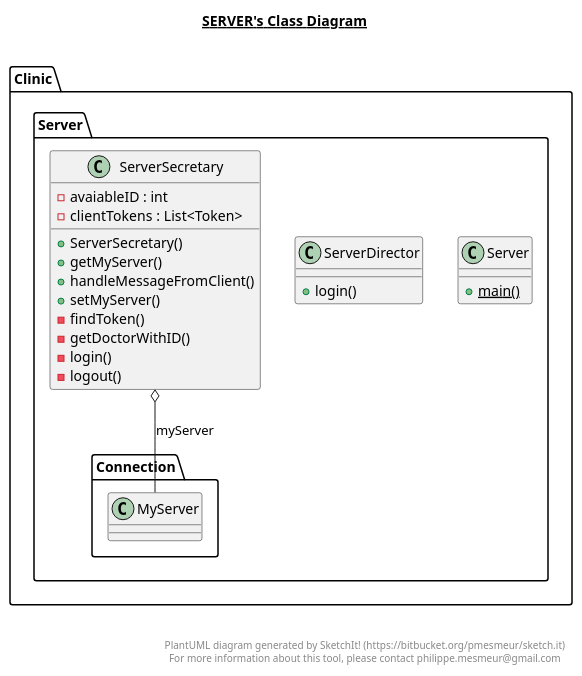
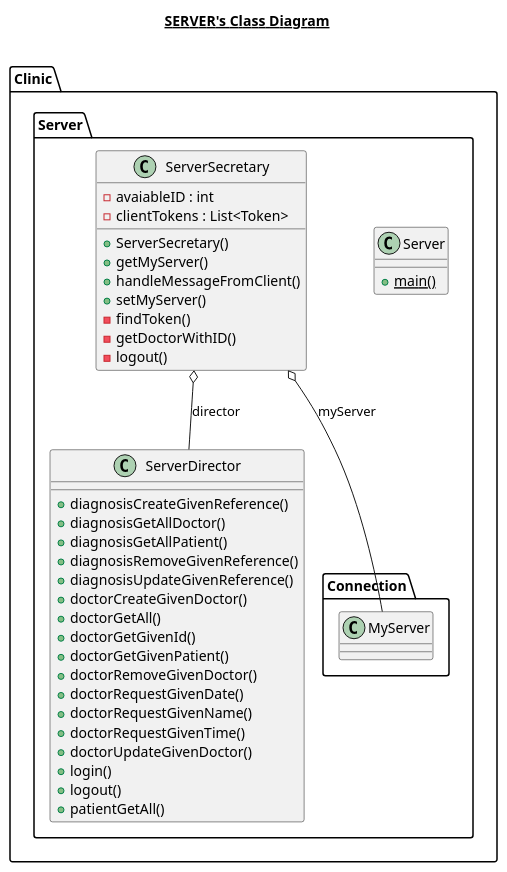
The diagram in src/Clinic/Server/Server.plantuml (AidanJohnston/Omar), drawn with PlantUML before and after one commit. The commit also changed 7 other files, not shown here.

Commit message:
Refactored uml diagrams

```diff
--- a/src/Clinic/Server/Server.plantuml
+++ b/src/Clinic/Server/Server.plantuml
@@ -1,45 +1,53 @@
 @startuml
 
 title __SERVER's Class Diagram__\n
 
   namespace Clinic.Server {
     class Clinic.Server.Server {
         {static} + main()
     }
   }
   
 
   namespace Clinic.Server {
     class Clinic.Server.ServerDirector {
+        + diagnosisCreateGivenReference()
+        + diagnosisGetAllDoctor()
+        + diagnosisGetAllPatient()
+        + diagnosisRemoveGivenReference()
+        + diagnosisUpdateGivenReference()
+        + doctorCreateGivenDoctor()
+        + doctorGetAll()
+        + doctorGetGivenId()
+        + doctorGetGivenPatient()
+        + doctorRemoveGivenDoctor()
+        + doctorRequestGivenDate()
+        + doctorRequestGivenName()
+        + doctorRequestGivenTime()
+        + doctorUpdateGivenDoctor()
         + login()
+        + logout()
+        + patientGetAll()
     }
   }
   
 
   namespace Clinic.Server {
     class Clinic.Server.ServerSecretary {
         - avaiableID : int
         - clientTokens : List<Token>
         + ServerSecretary()
         + getMyServer()
         + handleMessageFromClient()
         + setMyServer()
         - findToken()
         - getDoctorWithID()
-        - login()
         - logout()
     }
   }
   
 
+  Clinic.Server.ServerSecretary o-- Clinic.Server.ServerDirector : director
   Clinic.Server.ServerSecretary o-- Clinic.Server.Connection.MyServer : myServer
 
-
-right footer
-
-
-PlantUML diagram generated by SketchIt! (https://bitbucket.org/pmesmeur/sketch.it)
-For more information about this tool, please contact philippe.mesmeur@gmail.com
-endfooter
-
 @enduml
```
